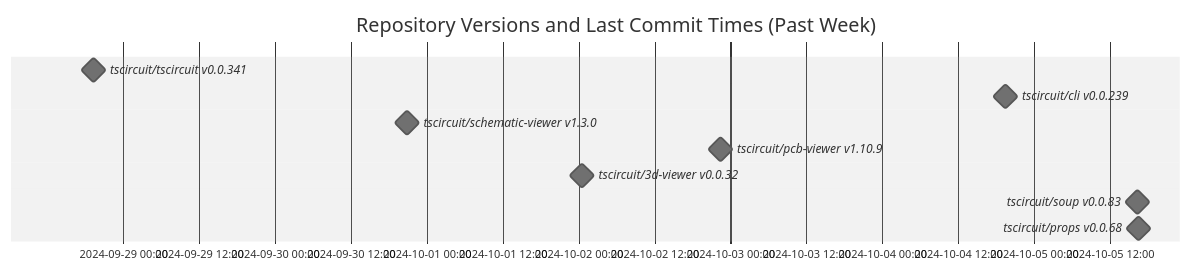
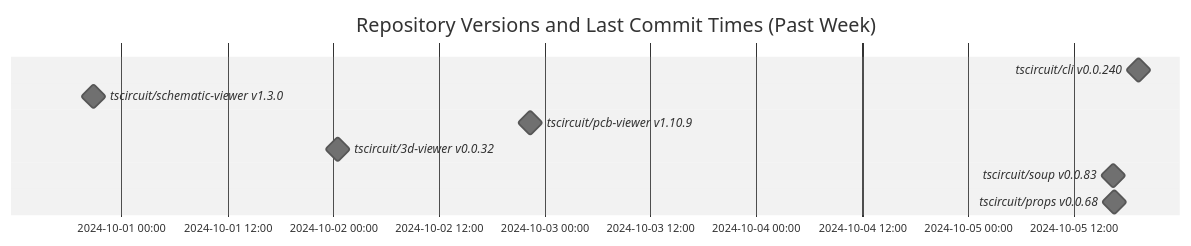
One commit to tscircuit/version-tracker changed the diagram in README.md. Above: the diagram before and after it, drawn with Mermaid (neutral theme).

Commit message:
Update chart

````diff
--- a/README.md
+++ b/README.md
@@ -1,14 +1,13 @@
 ```mermaid
 gantt
   dateFormat  YYYY-MM-DD HH:mm:ss
   title Repository Versions and Last Commit Times (Past Week)
   axisFormat %Y-%m-%d %H:%M
 
-  tscircuit/tscircuit v0.0.341 : milestone, 2024-09-28 19:18:49, 1s
-  tscircuit/cli v0.0.239 : milestone, 2024-10-04 19:30:33, 1s
+  tscircuit/cli v0.0.240 : milestone, 2024-10-05 19:22:37, 1s
   tscircuit/schematic-viewer v1.3.0 : milestone, 2024-09-30 20:50:04, 1s
   tscircuit/pcb-viewer v1.10.9 : milestone, 2024-10-02 22:24:48, 1s
   tscircuit/3d-viewer v0.0.32 : milestone, 2024-10-02 00:30:55, 1s
   tscircuit/soup v0.0.83 : milestone, 2024-10-05 16:28:11, 1s
   tscircuit/props v0.0.68 : milestone, 2024-10-05 16:34:46, 1s
 ```
````
